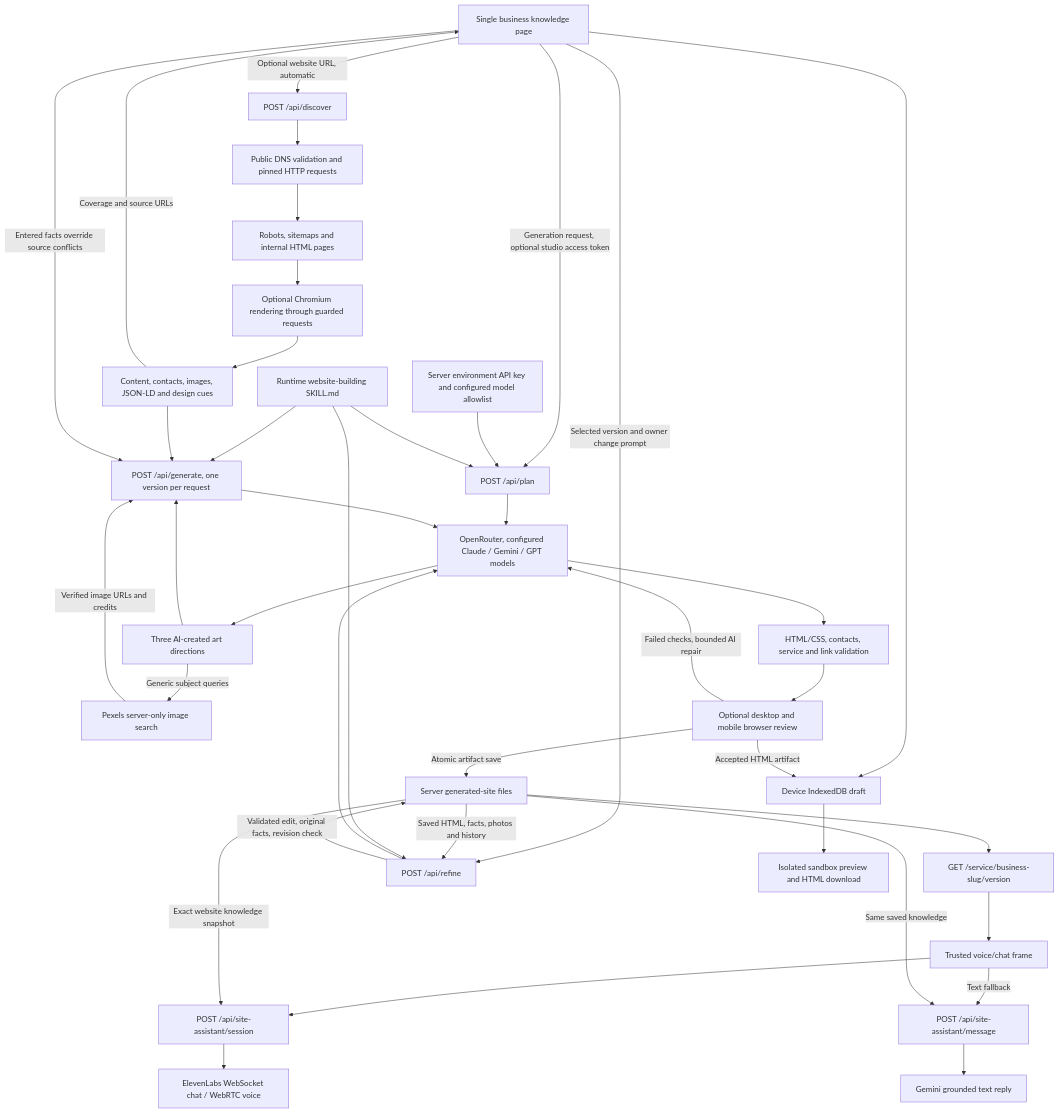
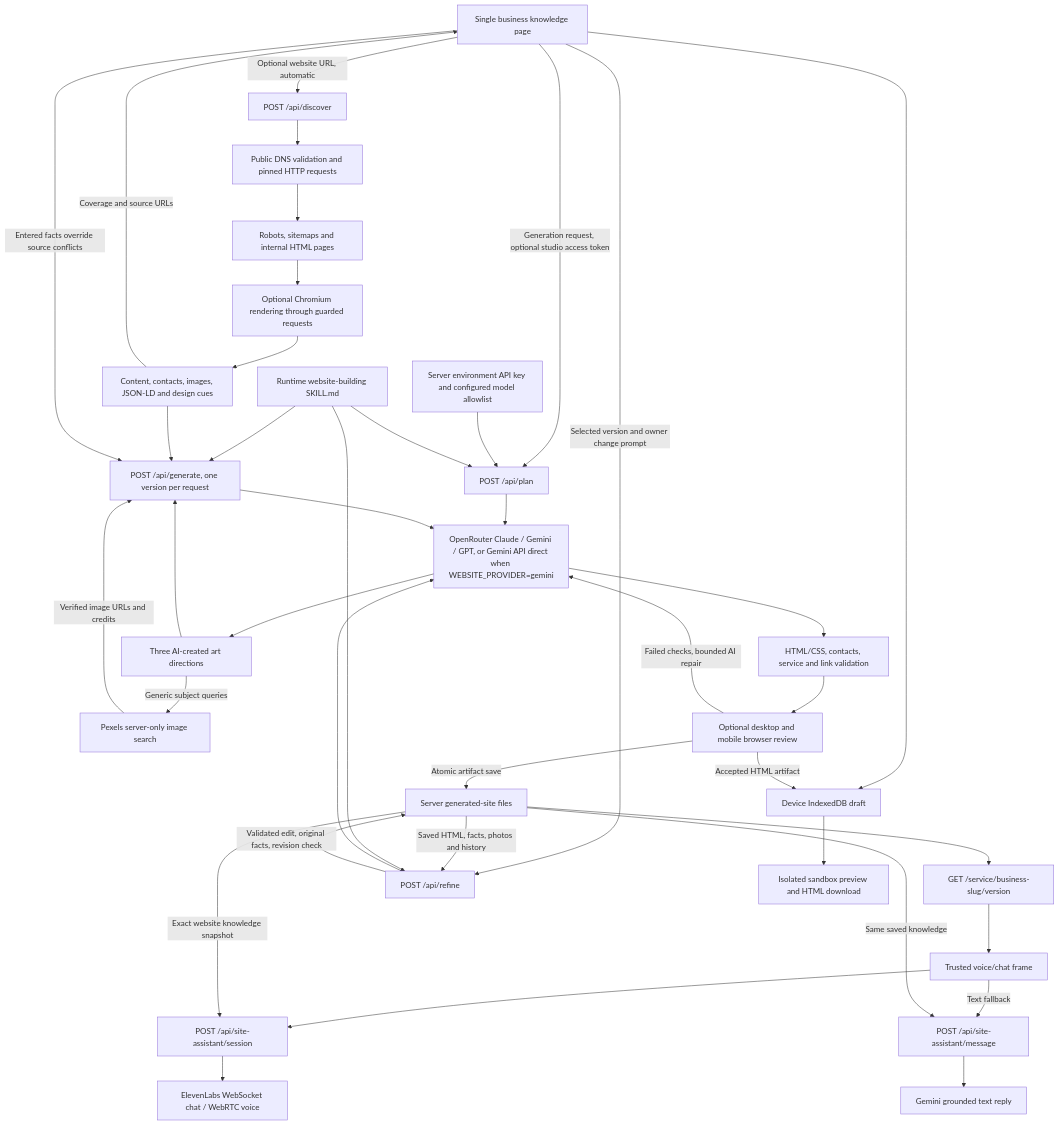
Before and after one commit to tinitiateprime/everonnai: the diagram in PROJECT_DATA_FLOW.md, drawn with Mermaid. The commit also changed other lines of this file and 12 other files, not shown here.

First line of the commit message:
Add direct Gemini website provider and drop invented image captions

````diff
--- a/PROJECT_DATA_FLOW.md
+++ b/PROJECT_DATA_FLOW.md
@@ -3,41 +3,41 @@
 ```mermaid
 flowchart TD
   User[Single business knowledge page] --> Draft[Device IndexedDB draft]
   User -->|Optional website URL, automatic| Discover[POST /api/discover]
   Discover --> Network[Public DNS validation and pinned HTTP requests]
   Network --> Source[Robots, sitemaps and internal HTML pages]
   Source --> Browser[Optional Chromium rendering through guarded requests]
   Browser --> Evidence[Content, contacts, images, JSON-LD and design cues]
   Evidence -->|Coverage and source URLs| User
   User -->|Generation request, optional studio access token| Plan[POST /api/plan]
   ServerEnv[Server environment API key and configured model allowlist] --> Plan
-  Plan --> Router[OpenRouter, configured Claude / Gemini / GPT models]
+  Plan --> Router[OpenRouter Claude / Gemini / GPT, or Gemini API direct when WEBSITE_PROVIDER=gemini]
   Router --> Directions[Three AI-created art directions]
   Skill[Runtime website-building SKILL.md] --> Plan
   Skill --> Generate
   Directions -->|Generic subject queries| Pexels[Pexels server-only image search]
   Pexels -->|Verified image URLs and credits| Generate
   Directions --> Generate[POST /api/generate, one version per request]
   Evidence --> Generate
   User -->|Entered facts override source conflicts| Generate
   Generate --> Router
   Router --> Validate[HTML/CSS, contacts, service and link validation]
   Validate --> Inspect[Optional desktop and mobile browser review]
   Inspect -->|Failed checks, bounded AI repair| Router
   Inspect -->|Accepted HTML artifact| Draft
   Inspect -->|Atomic artifact save| SiteStore[Server generated-site files]
   SiteStore --> SiteURL[GET /service/business-slug/version]
   User -->|Selected version and owner change prompt| Refine[POST /api/refine]
   SiteStore -->|Saved HTML, facts, photos and history| Refine
   Skill --> Refine
   Refine --> Router
   Refine -->|Validated edit, original facts, revision check| SiteStore
   SiteURL --> Widget[Trusted voice/chat frame]
   Widget --> Session[POST /api/site-assistant/session]
   SiteStore -->|Exact website knowledge snapshot| Session
   Session --> ElevenLabs[ElevenLabs WebSocket chat / WebRTC voice]
   Widget -->|Text fallback| Reply[POST /api/site-assistant/message]
   SiteStore -->|Same saved knowledge| Reply
   Reply --> Gemini[Gemini grounded text reply]
   Draft --> Preview[Isolated sandbox preview and HTML download]
 ```
````
